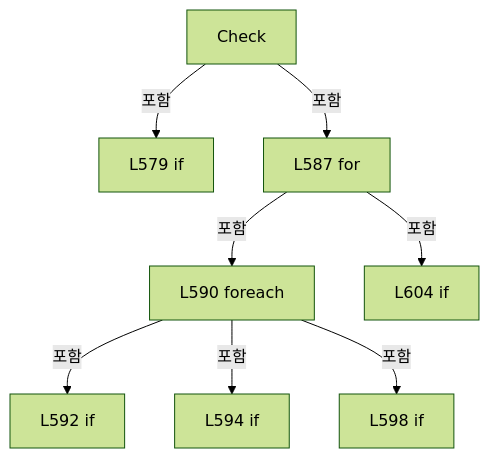
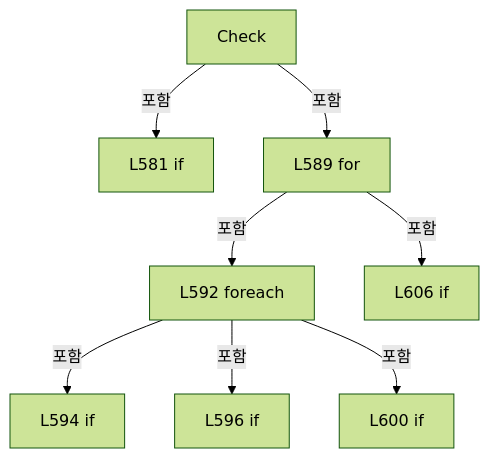
One commit to kjuws10-rgb/Shared changed diagram 19 of 21 in A3 LD Code Ref/files/Drilling.Common/Alarm/CAlarmManager.cs.md. Above: the diagram before and after it, drawn with Mermaid (forest theme). The commit also changed other lines of this file and 2071 other files, not shown here.

Commit message:
docs(a3): update 11.19.0 architecture and code reference

````diff
--- a/A3 LD Code Ref/files/Drilling.Common/Alarm/CAlarmManager.cs.md
+++ b/A3 LD Code Ref/files/Drilling.Common/Alarm/CAlarmManager.cs.md
@@ -2873,18 +2873,18 @@
 ```mermaid
 flowchart TD
  M["Check"]
- N0["L579 if"]
+ N0["L581 if"]
  M -->|포함| N0
- N1["L587 for"]
+ N1["L589 for"]
  M -->|포함| N1
- N2["L590 foreach"]
+ N2["L592 foreach"]
  N1 -->|포함| N2
- N3["L592 if"]
+ N3["L594 if"]
  N2 -->|포함| N3
- N4["L594 if"]
+ N4["L596 if"]
  N2 -->|포함| N4
- N5["L598 if"]
+ N5["L600 if"]
  N2 -->|포함| N5
- N6["L604 if"]
+ N6["L606 if"]
  N1 -->|포함| N6
 ```
````
